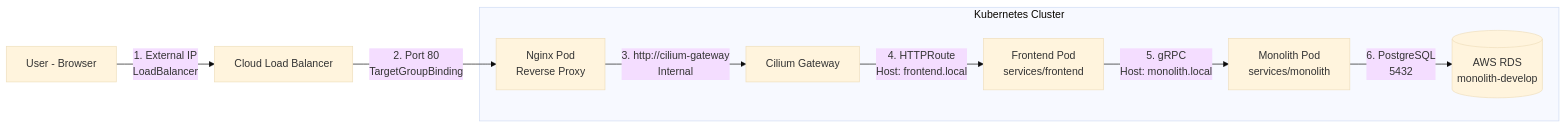
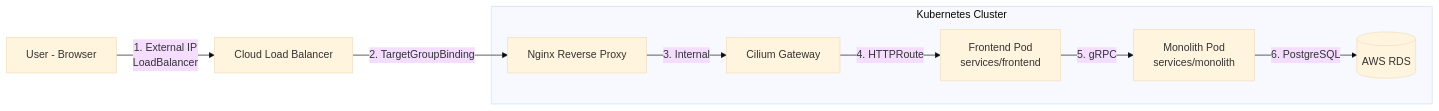
Before and after one commit to panicboat/monorepo: the first of 2 diagrams in README.md, drawn with Mermaid (base theme). The commit also changed other lines of this file and 2 other files, not shown here.

First line of the commit message:
docs: refresh README around current GitOps flow

````diff
--- a/README.md
+++ b/README.md
@@ -62,12 +30,12 @@
 ```mermaid
 graph LR
   User[User - Browser] -- "1. External IP<br>LoadBalancer" --> NginxLB[Cloud Load Balancer]
-  NginxLB -- "2. Port 80<br>TargetGroupBinding" --> NginxPod[Nginx Pod<br>Reverse Proxy]
+  NginxLB -- "2. TargetGroupBinding" --> NginxPod[Nginx Reverse Proxy]
 
   subgraph "Kubernetes Cluster"
-    NginxPod -- "3. http://cilium-gateway<br>Internal" --> CiliumGw[Cilium Gateway]
-    CiliumGw -- "4. HTTPRoute<br>Host: frontend.local" --> FrontendPod[Frontend Pod<br>services/frontend]
-    FrontendPod -- "5. gRPC<br>Host: monolith.local" --> MonolithPod[Monolith Pod<br>services/monolith]
-    MonolithPod -- "6. PostgreSQL<br>5432" --> RDS[(AWS RDS<br>monolith-develop)]
+    NginxPod -- "3. Internal" --> CiliumGw[Cilium Gateway]
+    CiliumGw -- "4. HTTPRoute" --> FrontendPod[Frontend Pod<br>services/frontend]
+    FrontendPod -- "5. gRPC" --> MonolithPod[Monolith Pod<br>services/monolith]
+    MonolithPod -- "6. PostgreSQL" --> RDS[(AWS RDS)]
   end
 ```
````
